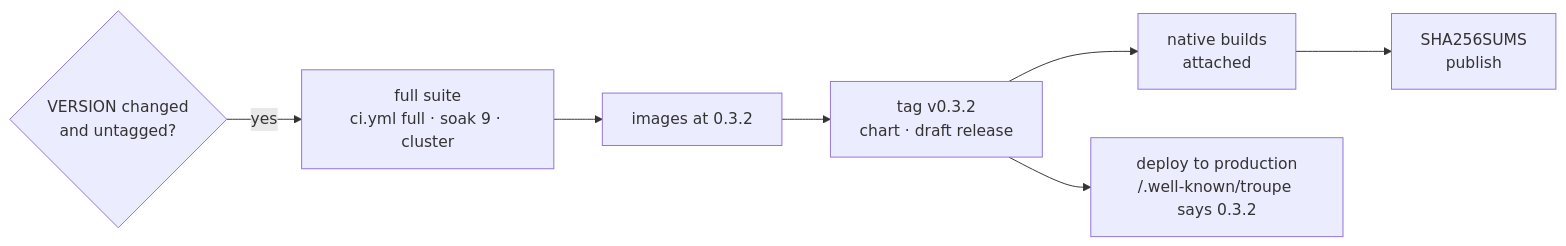
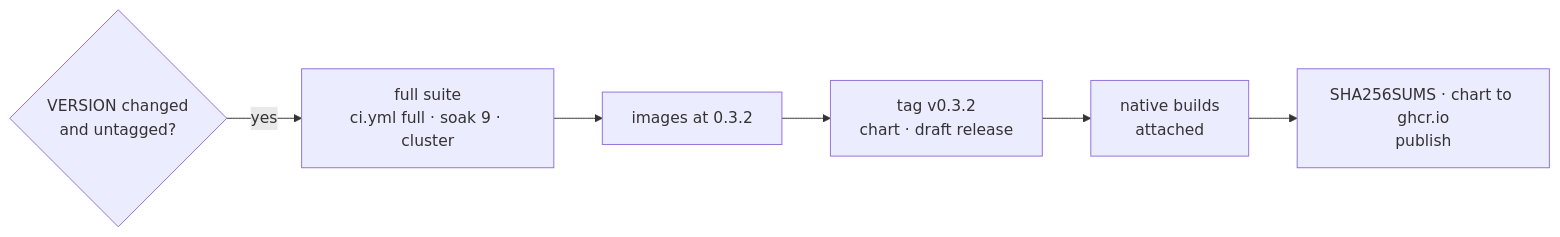
The fourth of 4 diagrams in .github/CI.md (it-minds/troupe), drawn with Mermaid before and after one commit. The commit also changed other lines of this file and 20 other files, not shown here.

First line of the commit message:
A release publishes its images and chart to ghcr.io and deploys nothing

````diff
--- a/.github/CI.md
+++ b/.github/CI.md
@@ -81,7 +93,6 @@
 ```mermaid
 flowchart LR
   v{"VERSION changed<br/>and untagged?"} -->|yes| suite["full suite<br/>ci.yml full · soak 9 · cluster"]
   suite --> images["images at 0.3.2"] --> cut["tag v0.3.2<br/>chart · draft release"]
-  cut --> native["native builds<br/>attached"] --> publish["SHA256SUMS<br/>publish"]
-  cut --> deploy["deploy to production<br/>/.well-known/troupe says 0.3.2"]
+  cut --> native["native builds<br/>attached"] --> publish["SHA256SUMS · chart to ghcr.io<br/>publish"]
 ```
````
